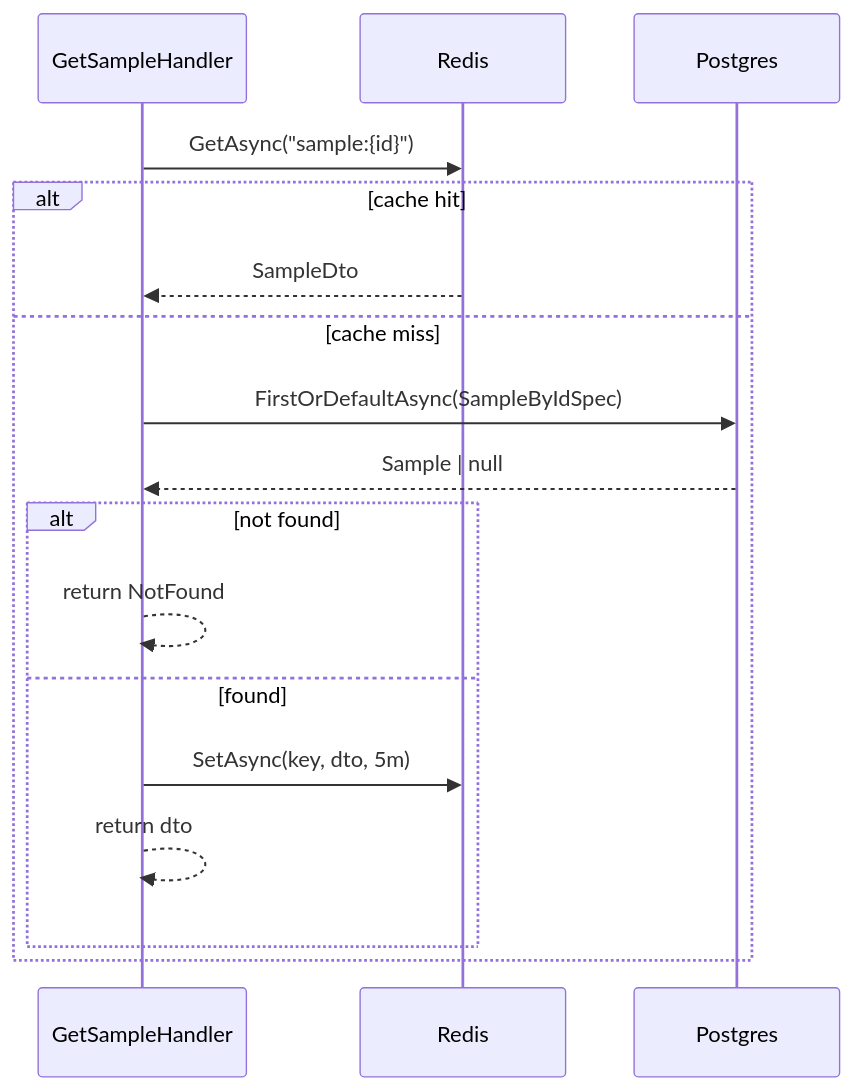
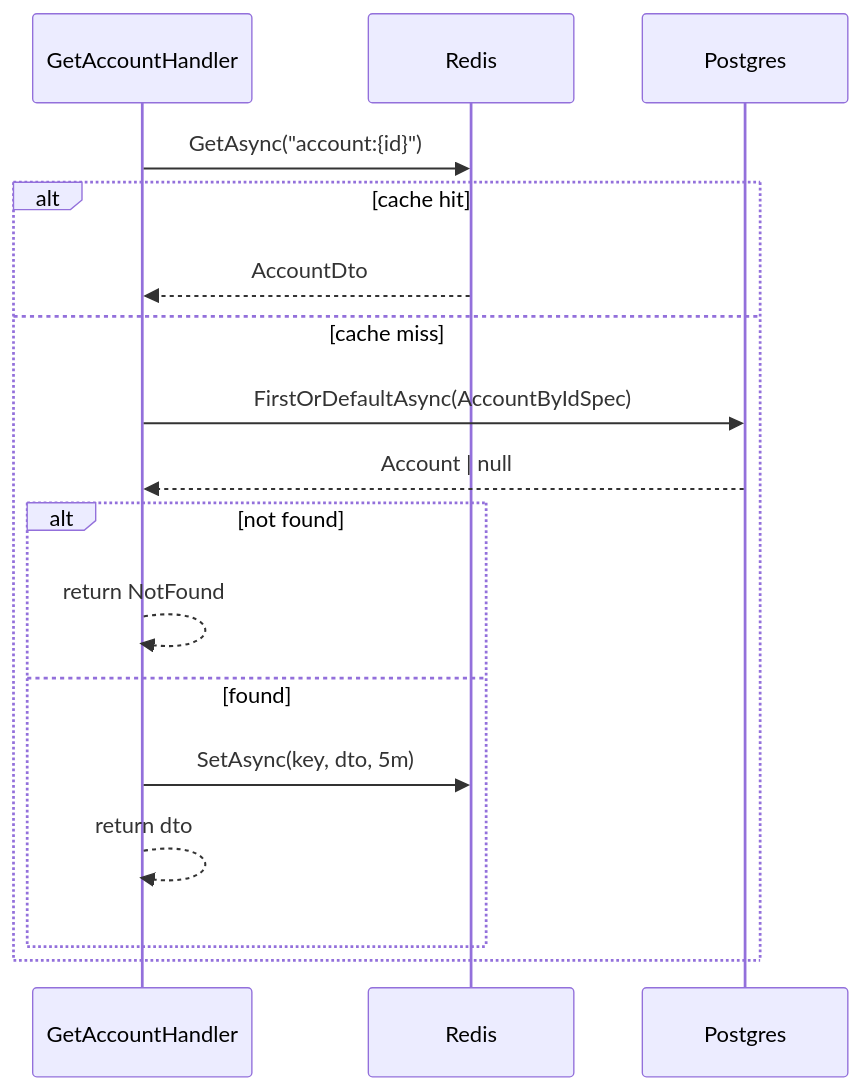
Before and after one commit to lurodrisilva/net-hexagonal: the second of 2 diagrams in docs/application.md, drawn with Mermaid. The commit also changed other lines of this file and 10 other files, not shown here.

````diff
--- a/docs/application.md
+++ b/docs/application.md
@@ -63,20 +82,20 @@
 ```mermaid
 sequenceDiagram
-    participant H as GetSampleHandler
+    participant H as GetAccountHandler
     participant C as Redis
     participant R as Postgres
 
-    H->>C: GetAsync("sample:{id}")
+    H->>C: GetAsync("account:{id}")
     alt cache hit
-        C-->>H: SampleDto
+        C-->>H: AccountDto
     else cache miss
-        H->>R: FirstOrDefaultAsync(SampleByIdSpec)
-        R-->>H: Sample | null
+        H->>R: FirstOrDefaultAsync(AccountByIdSpec)
+        R-->>H: Account | null
         alt not found
             H-->>H: return NotFound
         else found
             H->>C: SetAsync(key, dto, 5m)
             H-->>H: return dto
         end
     end
 ```
````
